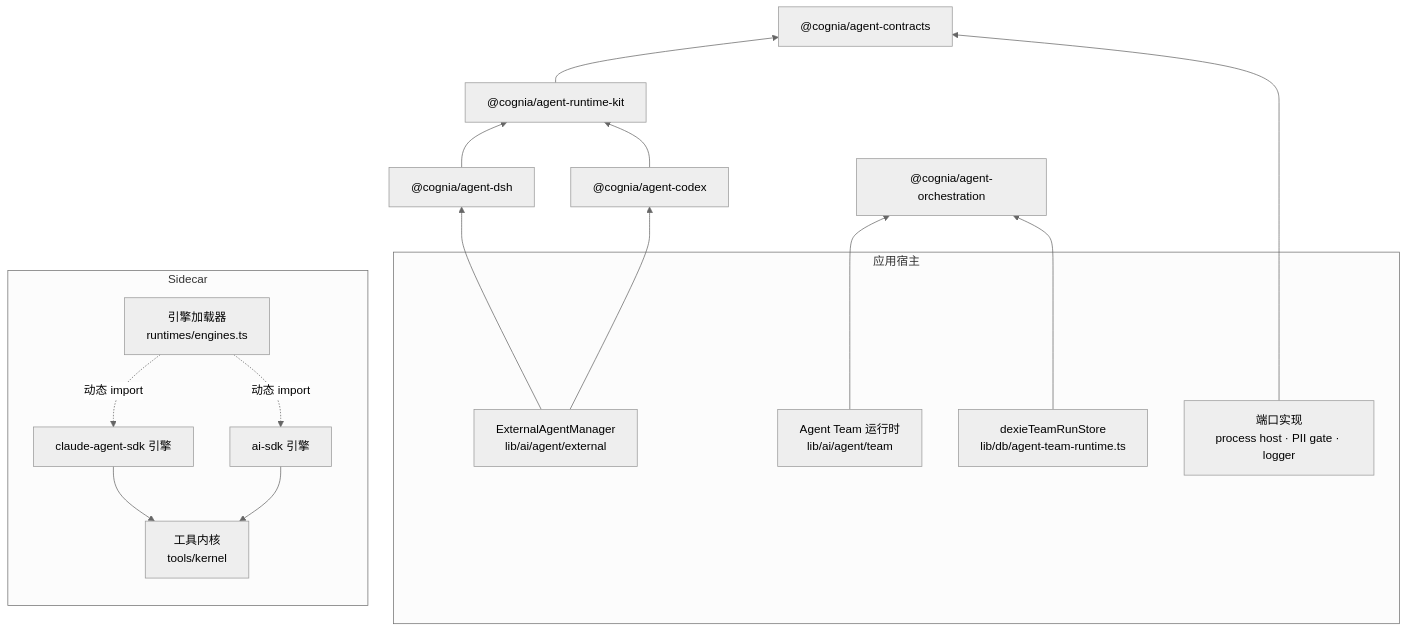
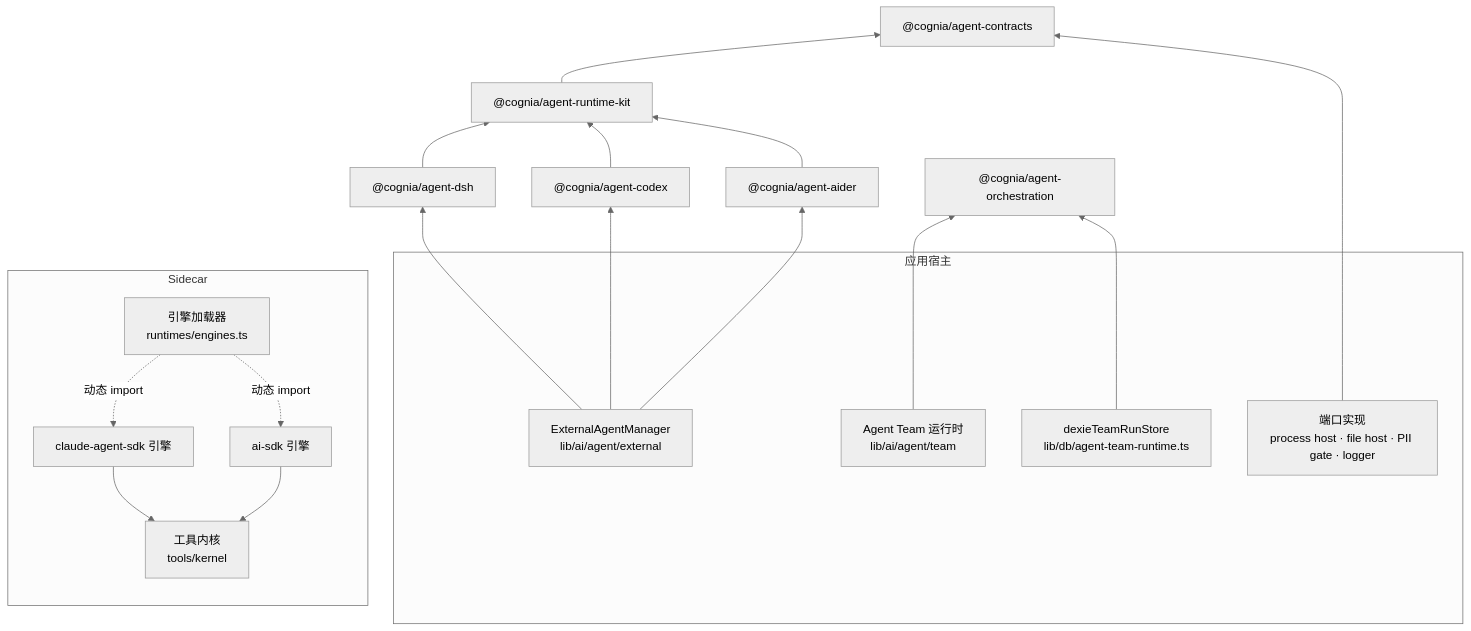
Before and after one commit to MaxQian888/cognia-next: the diagram in docs/content/docs/zh/subsystems/agent-packages/index.mdx, drawn with Mermaid (neutral theme). The commit also changed other lines of this file and 48 other files, not shown here.

First line of the commit message:
refactor(agent): move the Aider integration into @cognia/agent-aider (ADR-0217)

````diff
--- a/docs/content/docs/zh/subsystems/agent-packages/index.mdx
+++ b/docs/content/docs/zh/subsystems/agent-packages/index.mdx
@@ -39,29 +39,31 @@
 ```mermaid
 flowchart BT
   contracts["@cognia/agent-contracts"]
   kit["@cognia/agent-runtime-kit"] --> contracts
   dsh["@cognia/agent-dsh"] --> kit
   codex["@cognia/agent-codex"] --> kit
+  aider["@cognia/agent-aider"] --> kit
   orch["@cognia/agent-orchestration"]
   subgraph host["应用宿主"]
     manager["ExternalAgentManager<br/>lib/ai/agent/external"]
-    ports["端口实现<br/>process host · PII gate · logger"]
+    ports["端口实现<br/>process host · file host · PII gate · logger"]
     team["Agent Team 运行时<br/>lib/ai/agent/team"]
     dexie["dexieTeamRunStore<br/>lib/db/agent-team-runtime.ts"]
   end
   subgraph sidecar["Sidecar"]
     engines["引擎加载器<br/>runtimes/engines.ts"]
     claude["claude-agent-sdk 引擎"]
     aisdk["ai-sdk 引擎"]
     kernel["工具内核<br/>tools/kernel"]
   end
   manager --> dsh
   manager --> codex
+  manager --> aider
   ports --> contracts
   team --> orch
   dexie --> orch
   engines -.动态 import.-> claude
   engines -.动态 import.-> aisdk
   claude --> kernel
   aisdk --> kernel
 ```
````
